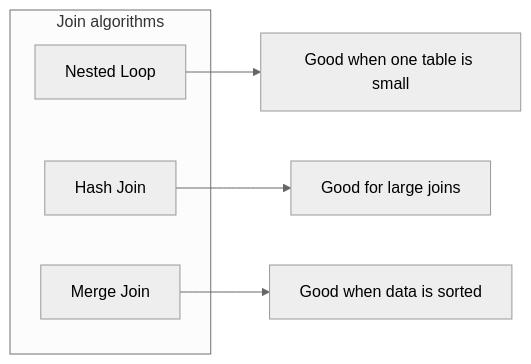
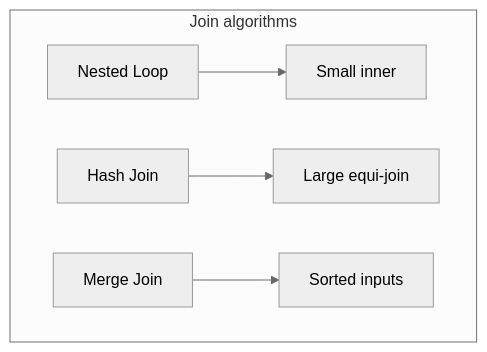
One commit to hareramcse/SystemDesign changed the fifth of 24 diagrams in 02-databases/README.md. Above: the diagram before and after it, drawn with Mermaid (neutral theme). The commit also changed other lines of this file and 14 other files, not shown here.

````diff
--- a/02-databases/README.md
+++ b/02-databases/README.md
@@ -1330,11 +512,9 @@
 ```mermaid
 flowchart LR
-  subgraph algorithms [Join algorithms]
-    NL[Nested Loop]
-    HJ[Hash Join]
-    MJ[Merge Join]
-  end
-  NL --> Small[Good when one table is small]
-  HJ --> Large[Good for large joins]
-  MJ --> Sorted[Good when data is sorted]
+    subgraph Algorithms["Join algorithms"]
+        direction LR
+        NL[Nested Loop] --> S[Small inner]
+        HJ[Hash Join] --> L[Large equi-join]
+        MJ[Merge Join] --> O[Sorted inputs]
+    end
 ```
````
